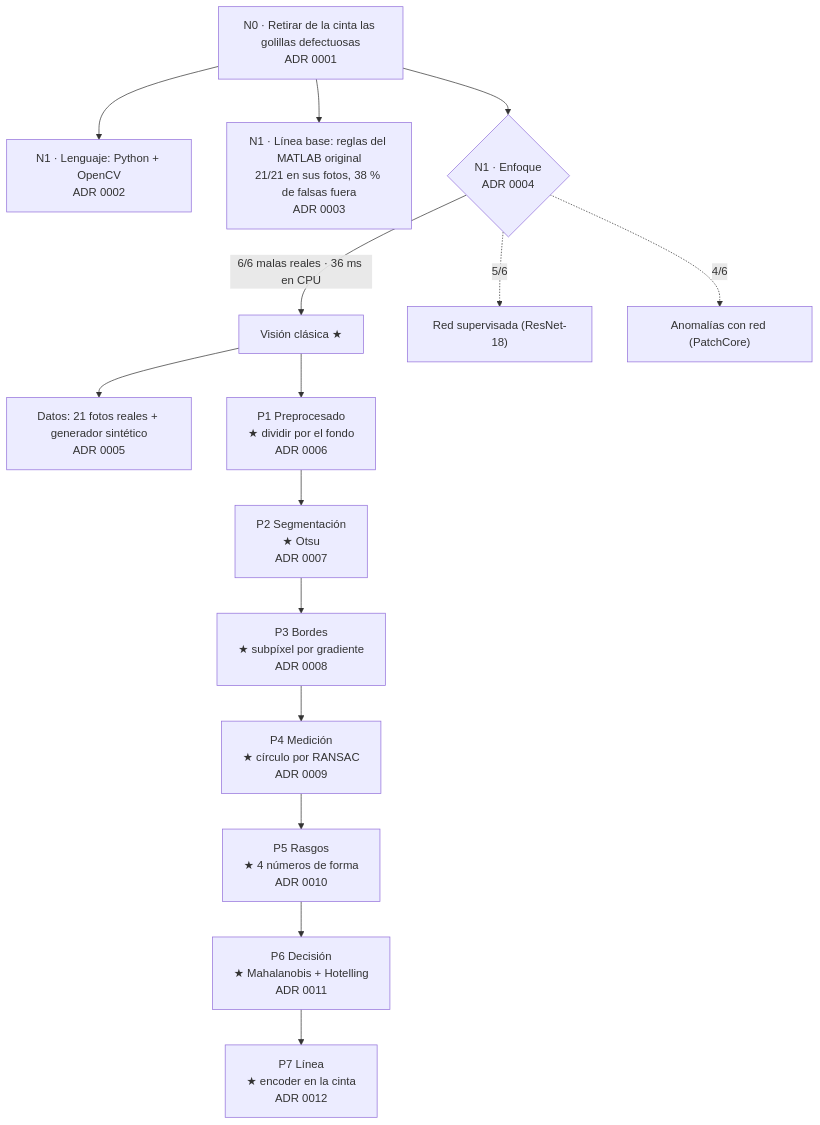
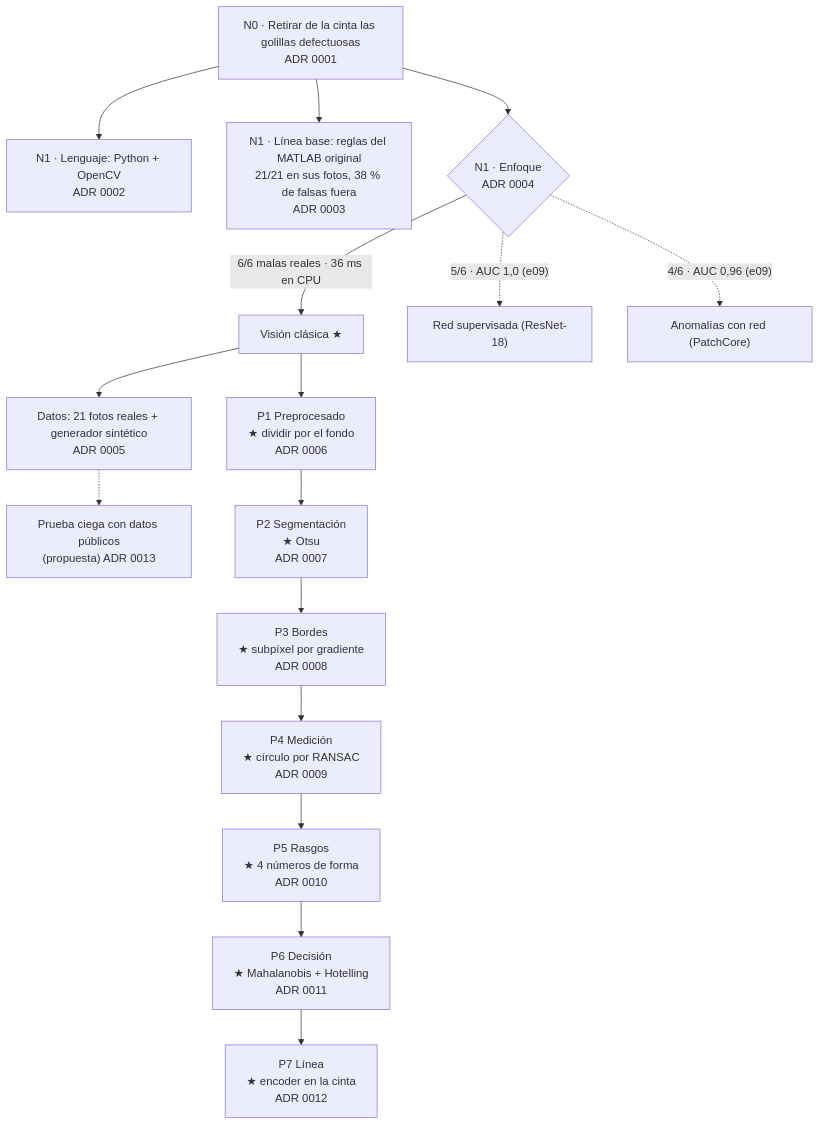
One commit to CarryMankeke/inspeccion-golillas changed the diagram in docs/arbol.md. Above: the diagram before and after it, drawn with Mermaid. The commit also changed 15 other files, not shown here.

Commit message:
N1 revisado (e09): redes con ajuste justo; la clásica sigue ganando (6/6), red supervisada 5/6 con AUC 1,0, PatchCore 4/6; ADR 0013 propone 4 datasets públicos para la prueba ciega y script de descarga con huella

````diff
--- a/docs/arbol.md
+++ b/docs/arbol.md
@@ -12,18 +12,19 @@
 ```mermaid
 flowchart TD
     N0["N0 · Retirar de la cinta las golillas defectuosas<br/>ADR 0001"]
     N0 --> L["N1 · Lenguaje: Python + OpenCV<br/>ADR 0002"]
     N0 --> B["N1 · Línea base: reglas del MATLAB original<br/>21/21 en sus fotos, 38 % de falsas fuera<br/>ADR 0003"]
     N0 --> E{"N1 · Enfoque<br/>ADR 0004"}
     E -->|"6/6 malas reales · 36 ms en CPU"| C["Visión clásica ★"]
-    E -.->|"5/6"| RS["Red supervisada (ResNet-18)"]
-    E -.->|"4/6"| PC["Anomalías con red (PatchCore)"]
+    E -.->|"5/6 · AUC 1,0 (e09)"| RS["Red supervisada (ResNet-18)"]
+    E -.->|"4/6 · AUC 0,96 (e09)"| PC["Anomalías con red (PatchCore)"]
     C --> D["Datos: 21 fotos reales + generador sintético<br/>ADR 0005"]
+    D -.-> DP["Prueba ciega con datos públicos<br/>(propuesta) ADR 0013"]
     C --> P1["P1 Preprocesado<br/>★ dividir por el fondo<br/>ADR 0006"]
     P1 --> P2["P2 Segmentación<br/>★ Otsu<br/>ADR 0007"]
     P2 --> P3["P3 Bordes<br/>★ subpíxel por gradiente<br/>ADR 0008"]
     P3 --> P4["P4 Medición<br/>★ círculo por RANSAC<br/>ADR 0009"]
     P4 --> P5["P5 Rasgos<br/>★ 4 números de forma<br/>ADR 0010"]
     P5 --> P6["P6 Decisión<br/>★ Mahalanobis + Hotelling<br/>ADR 0011"]
     P6 --> P7["P7 Línea<br/>★ encoder en la cinta<br/>ADR 0012"]
 ```
````
